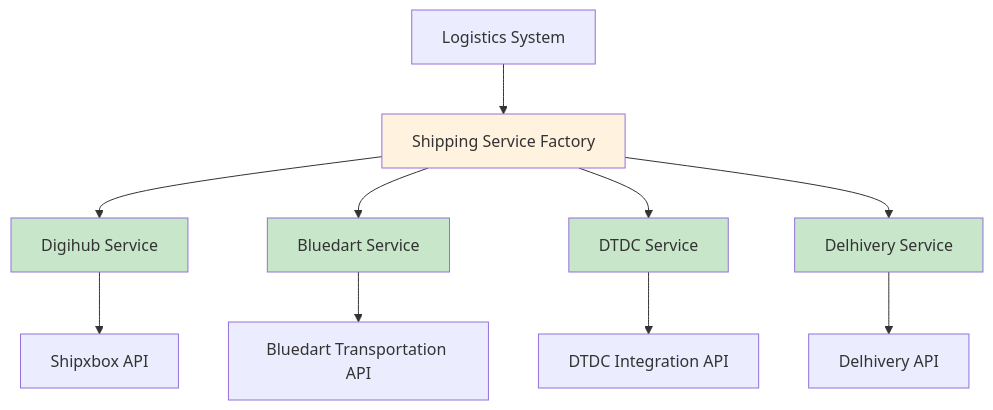
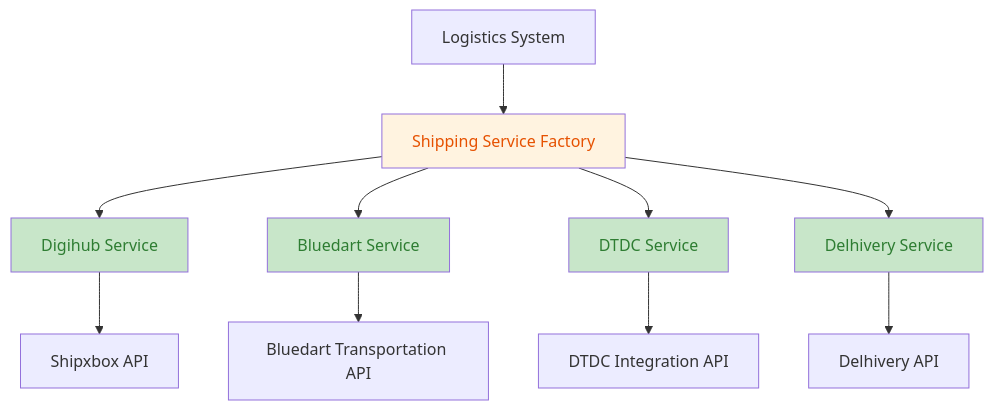
One commit to sandeepkumar0801/Digihub changed the fifth of 44 diagrams in README.md. Above: the diagram before and after it, drawn with Mermaid. The commit also changed other lines of this file, not shown here.

Commit message:
fix color in diagrams

````diff
--- a/README.md
+++ b/README.md
@@ -739,19 +739,19 @@
 ```mermaid
 graph TD
     A[Logistics System] --> B[Shipping Service Factory]
     B --> C[Digihub Service]
     B --> D[Bluedart Service]
     B --> E[DTDC Service]
     B --> F[Delhivery Service]
 
     C --> G[Shipxbox API]
     D --> H[Bluedart Transportation API]
     E --> I[DTDC Integration API]
     F --> J[Delhivery API]
 
-    style B fill:#fff3e0
-    style C fill:#c8e6c9
-    style D fill:#c8e6c9
-    style E fill:#c8e6c9
-    style F fill:#c8e6c9
+    style B fill:#fff3e0,color:#e65100
+    style C fill:#c8e6c9,color:#2e7d32
+    style D fill:#c8e6c9,color:#2e7d32
+    style E fill:#c8e6c9,color:#2e7d32
+    style F fill:#c8e6c9,color:#2e7d32
 ```
````
